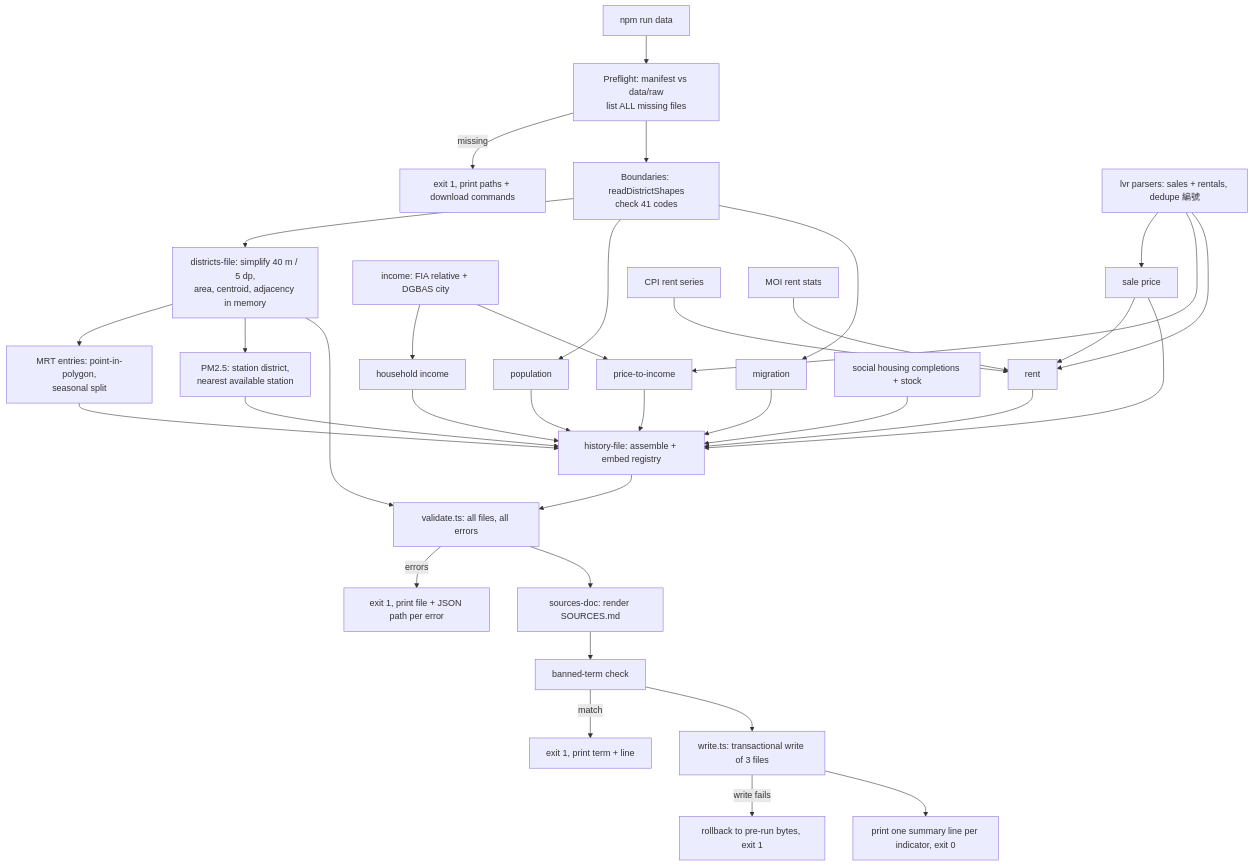
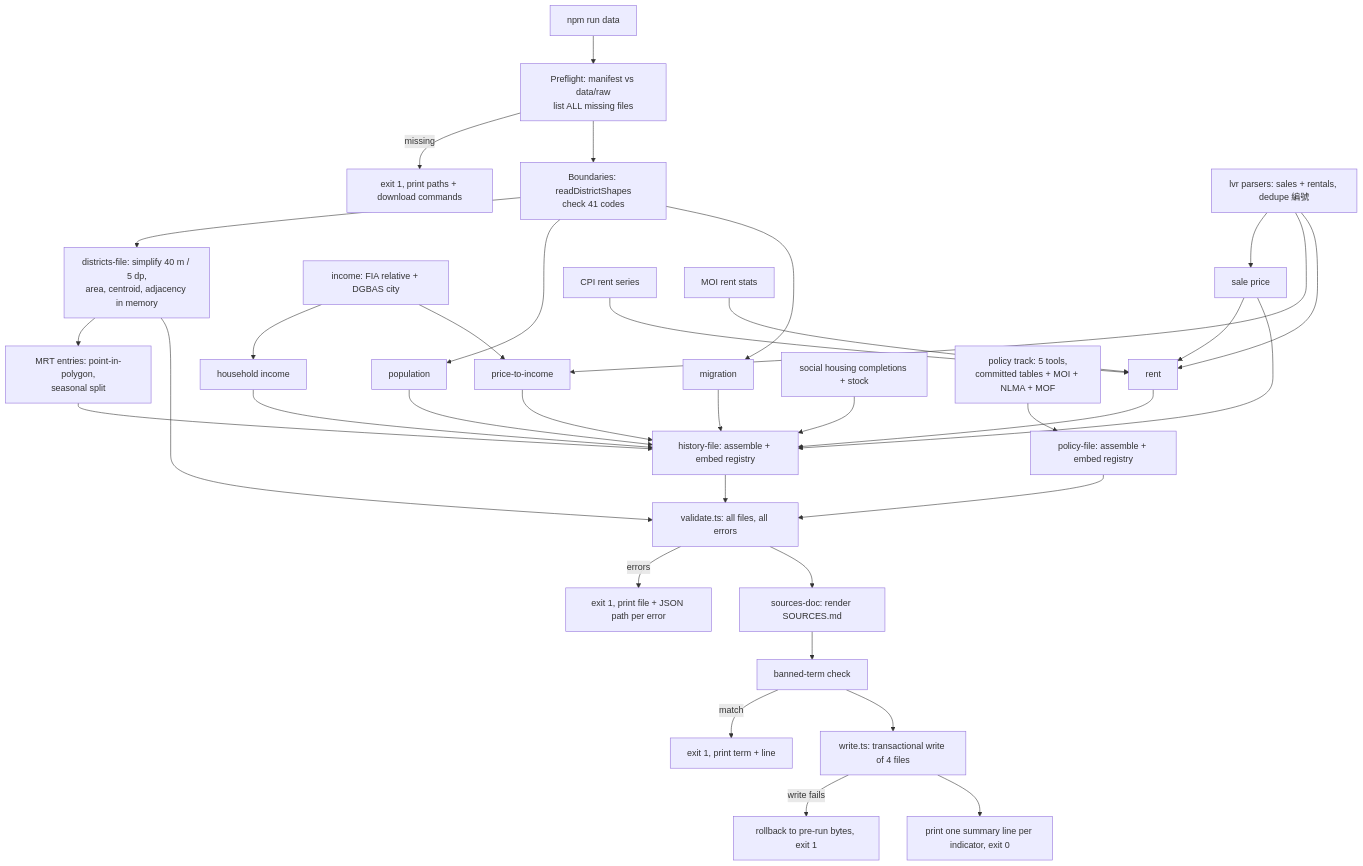
The diagram in .kiro/specs/data-pipeline/design.md (SaraWang047671020/butterfly-city), drawn with Mermaid before and after one commit. The commit also changed other lines of this file and 10 other files, not shown here.

Commit message:
spec: narrow scope to 5 policy tools; add policy track, limits, scenarios and backtest; add fast-check 4.10.2

````diff
--- a/.kiro/specs/data-pipeline/design.md
+++ b/.kiro/specs/data-pipeline/design.md
@@ -108,30 +121,31 @@
 ```mermaid
 flowchart TD
   A[npm run data] --> P[Preflight: manifest vs data/raw<br/>list ALL missing files]
   P -->|missing| X1[exit 1, print paths + download commands]
   P --> B[Boundaries: readDistrictShapes<br/>check 41 codes]
   B --> D[districts-file: simplify 40 m / 5 dp,<br/>area, centroid, adjacency in memory]
   B --> POP[population]
   B --> MIG[migration]
   INC[income: FIA relative + DGBAS city] --> HI[household income]
   LVR[lvr parsers: sales + rentals, dedupe 編號] --> SP[sale price]
   LVR --> HPI[price-to-income]
   INC --> HPI
   LVR --> RENT[rent]
   CPI[CPI rent series] --> RENT
   RS[MOI rent stats] --> RENT
   SP --> RENT
   D --> MRT[MRT entries: point-in-polygon,<br/>seasonal split]
-  D --> PM[PM2.5: station district,<br/>nearest available station]
   SH[social housing completions + stock]
-  POP & MIG & HI & SP & RENT & HPI & MRT & PM & SH --> H[history-file: assemble + embed registry]
+  PT[policy track: 5 tools,<br/>committed tables + MOI + NLMA + MOF] --> PF[policy-file: assemble + embed registry]
+  POP & MIG & HI & SP & RENT & HPI & MRT & SH --> H[history-file: assemble + embed registry]
   D --> V
   H --> V[validate.ts: all files, all errors]
+  PF --> V
   V -->|errors| X2[exit 1, print file + JSON path per error]
   V --> S[sources-doc: render SOURCES.md]
   S --> BT[banned-term check]
   BT -->|match| X3[exit 1, print term + line]
-  BT --> W[write.ts: transactional write of 3 files]
+  BT --> W[write.ts: transactional write of 4 files]
   W -->|write fails| R[rollback to pre-run bytes, exit 1]
   W --> OK[print one summary line per indicator, exit 0]
 ```
````
